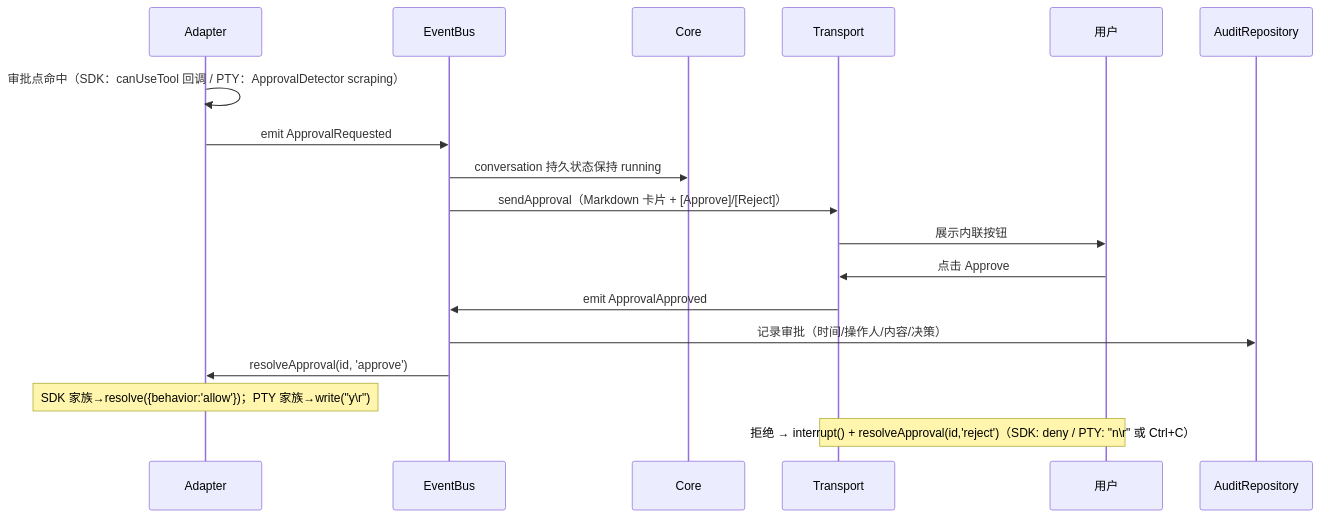
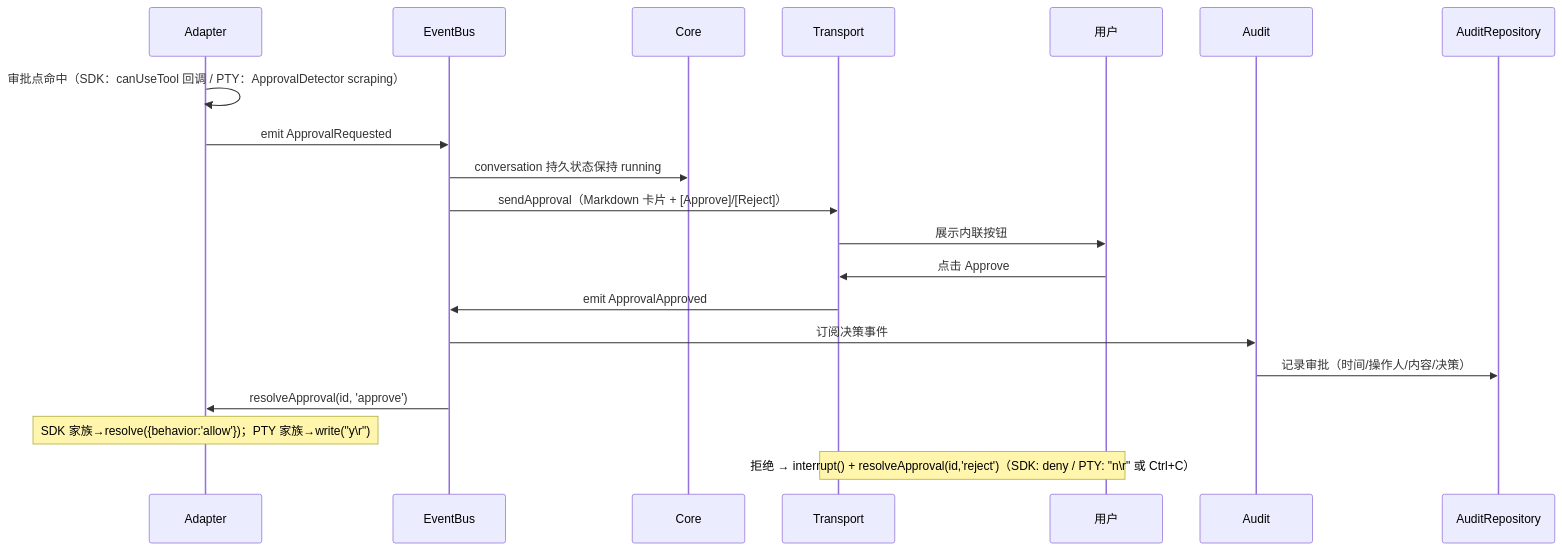
One commit to ygq-future/ai-cli-hub changed the sixth of 15 diagrams in docs/02-Architecture.md. Above: the diagram before and after it, drawn with Mermaid. The commit also changed 14 other files, not shown here.

````diff
--- a/docs/02-Architecture.md
+++ b/docs/02-Architecture.md
@@ -309,21 +309,23 @@
 ```mermaid
 sequenceDiagram
     participant A as Adapter
     participant B as EventBus
     participant C as Core
     participant T as Transport
     participant U as 用户
-    participant AU as AuditRepository
+    participant AU as Audit
+    participant AR as AuditRepository
 
     A->>A: 审批点命中（SDK：canUseTool 回调 / PTY：ApprovalDetector scraping）
     A->>B: emit ApprovalRequested
     B->>C: conversation 持久状态保持 running
     B->>T: sendApproval（Markdown 卡片 + [Approve]/[Reject]）
     T->>U: 展示内联按钮
     U->>T: 点击 Approve
     T->>B: emit ApprovalApproved
-    B->>AU: 记录审批（时间/操作人/内容/决策）
+    B->>AU: 订阅决策事件
+    AU->>AR: 记录审批（时间/操作人/内容/决策）
     B->>A: resolveApproval(id, 'approve')
     Note over A: SDK 家族→resolve({behavior:'allow'})；PTY 家族→write("y\r")
     Note over T,U: 拒绝 → interrupt() + resolveApproval(id,'reject')（SDK: deny / PTY: "n\r" 或 Ctrl+C）
 ```
````
